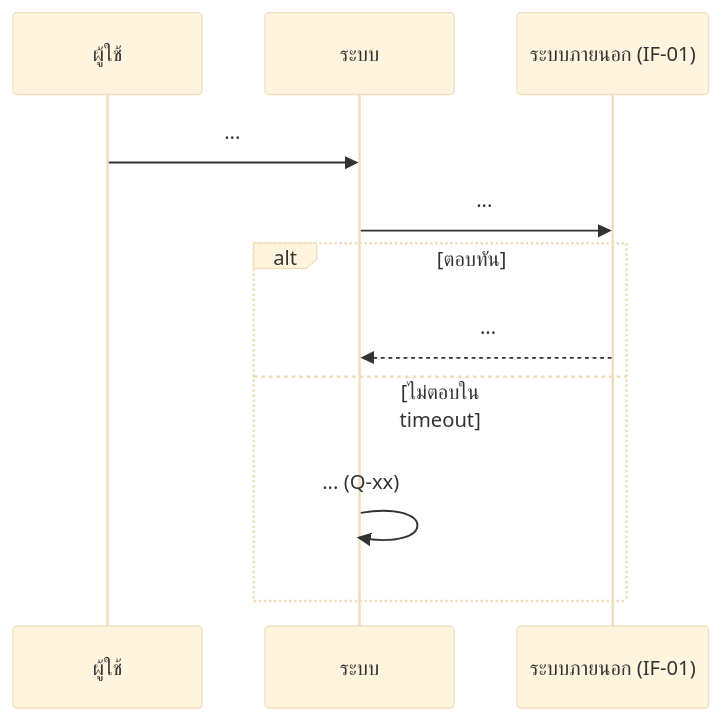
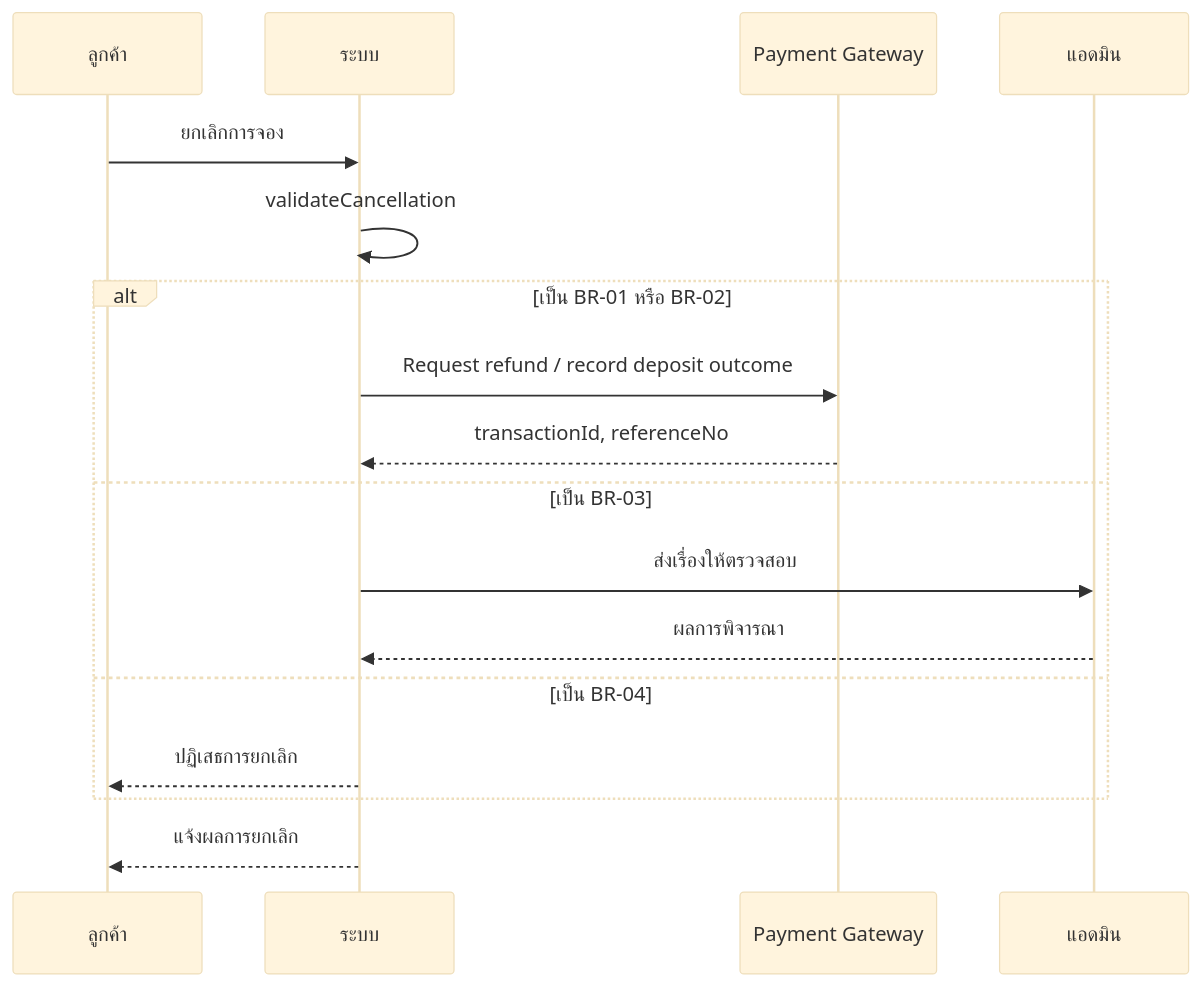
The fourth of 4 diagrams in specs/002-feature/models.md (Javellolion/Khonyaai-Baan1), drawn with Mermaid (base theme) before and after one commit. The commit also changed other lines of this file and 17 other files, not shown here.

````diff
--- a/specs/002-feature/models.md
+++ b/specs/002-feature/models.md
@@ -35,13 +59,20 @@
 ```mermaid
 sequenceDiagram
-  participant U as ผู้ใช้
+  participant U as ลูกค้า
   participant S as ระบบ
-  participant X as ระบบภายนอก (IF-01)
-  U->>S: ...
-  S->>X: ...
-  alt ตอบทัน
-    X-->>S: ...
-  else ไม่ตอบใน timeout
-    S->>S: ... (Q-xx)
+  participant P as Payment Gateway
+  participant A as แอดมิน
+
+  U->>S: ยกเลิกการจอง
+  S->>S: validateCancellation
+  alt เป็น BR-01 หรือ BR-02
+    S->>P: Request refund / record deposit outcome
+    P-->>S: transactionId, referenceNo
+  else เป็น BR-03
+    S->>A: ส่งเรื่องให้ตรวจสอบ
+    A-->>S: ผลการพิจารณา
+  else เป็น BR-04
+    S-->>U: ปฏิเสธการยกเลิก
   end
+  S-->>U: แจ้งผลการยกเลิก
 ```
````
